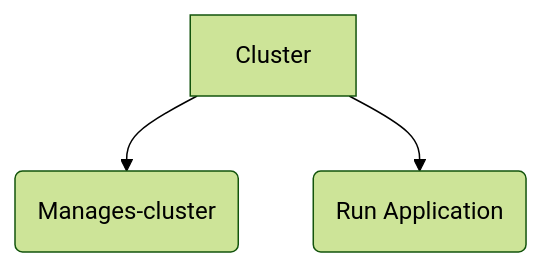
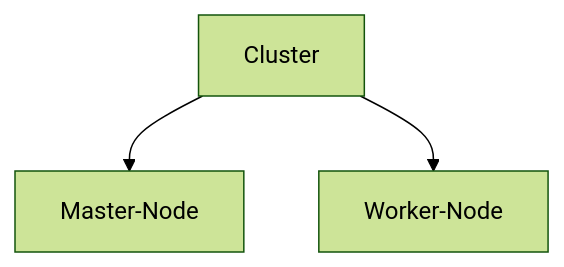
The first of 5 diagrams in Kubernetes/ReadMe.md (iamniki01/Devops), drawn with Mermaid (forest theme) before and after one commit.

````diff
--- a/Kubernetes/ReadMe.md
+++ b/Kubernetes/ReadMe.md
@@ -4,5 +4,5 @@
 ```mermaid
 graph TD;
-    Cluster --> Master-Node(Manages-cluster);
-    Cluster --> Worker-Node(Run Application);
+    Cluster --> Master-Node;
+    Cluster --> Worker-Node;
 ```
````
